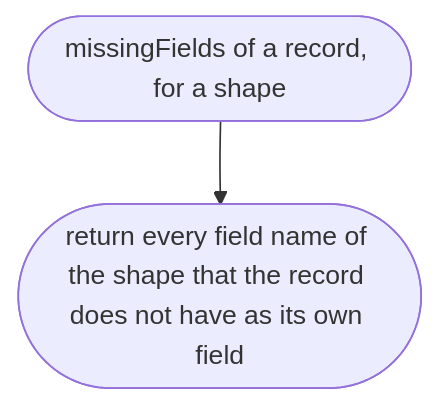
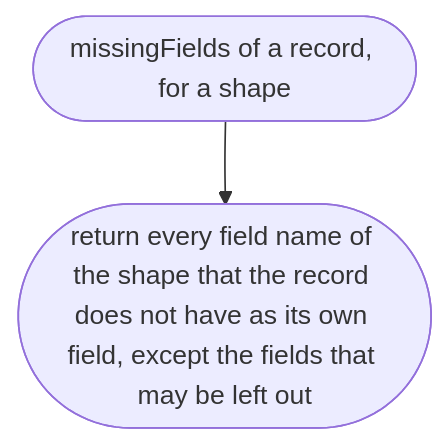
Before and after one commit to NewDara-Star/world-engine: diagram 28 of 44 in docs/designs/src/place/parse.md, drawn with Mermaid. The commit also changed other lines of this file and 1 other file, not shown here.

First line of the commit message:
Slice 1: optional fields in a record; three vehicle tests expect the "Fix these first" line

````diff
--- a/docs/designs/src/place/parse.md
+++ b/docs/designs/src/place/parse.md
@@ -452,6 +452,6 @@
 ```mermaid
 flowchart TD
   s(["missingFields of a record, for a shape"])
-  a(["return every field name of the shape that the record does not have as its own field"])
+  a(["return every field name of the shape that the record does not have as its own field, except the fields that may be left out"])
   s --> a
 ```
````
